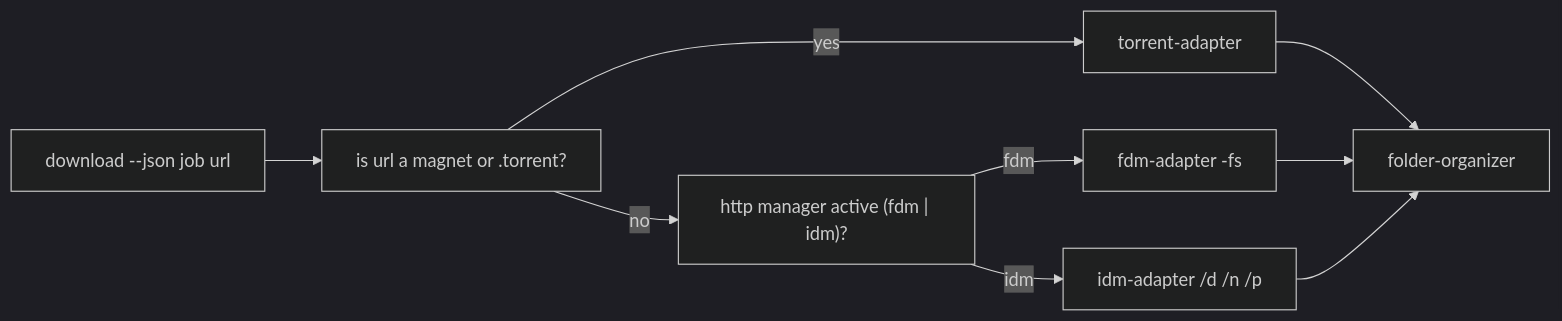
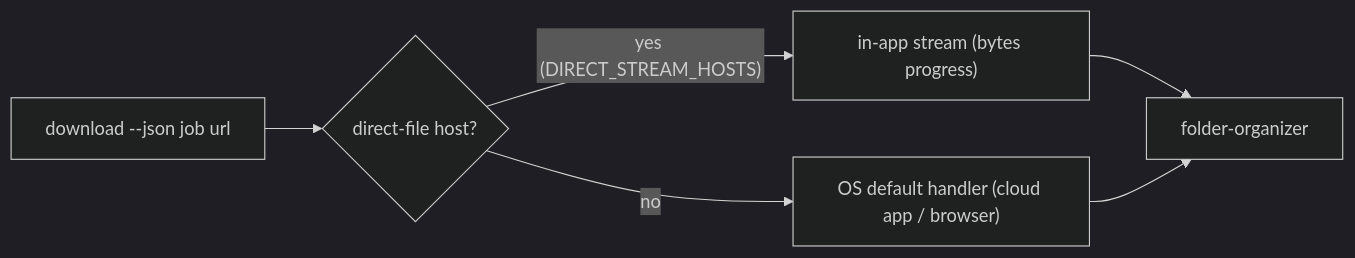
One commit to HELIX-Origin/LewdZone-Launcher changed the diagram in .agents/skills/launch-download/SKILL.md. Above: the diagram before and after it, drawn with Mermaid (dark theme). The commit also changed other lines of this file and 45 other files, not shown here.

````diff
--- a/.agents/skills/launch-download/SKILL.md
+++ b/.agents/skills/launch-download/SKILL.md
@@ -23,18 +22,13 @@
 ```mermaid
 flowchart LR
     U["download --json job url"]
-    A["is url a magnet or .torrent?"]
-    T["torrent-adapter"]
-    H["http manager active (fdm | idm)?"]
-    F["fdm-adapter -fs"]
-    I["idm-adapter /d /n /p"]
+    D{"direct-file host?"}
+    S["in-app stream (bytes progress)"]
+    H["OS default handler (cloud app / browser)"]
     O["folder-organizer"]
-    U --> A
-    A -->|"yes"| T
-    A -->|"no"| H
-    H -->|"fdm"| F
-    H -->|"idm"| I
-    T --> O
-    F --> O
-    I --> O
+    U --> D
+    D -->|"yes (DIRECT_STREAM_HOSTS)"| S
+    D -->|"no"| H
+    S --> O
+    H --> O
 ```
````
